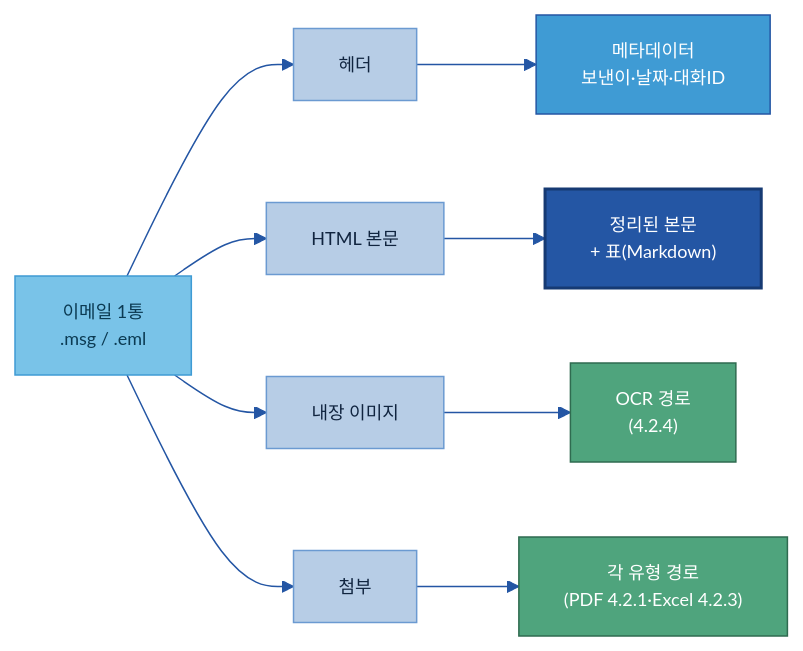
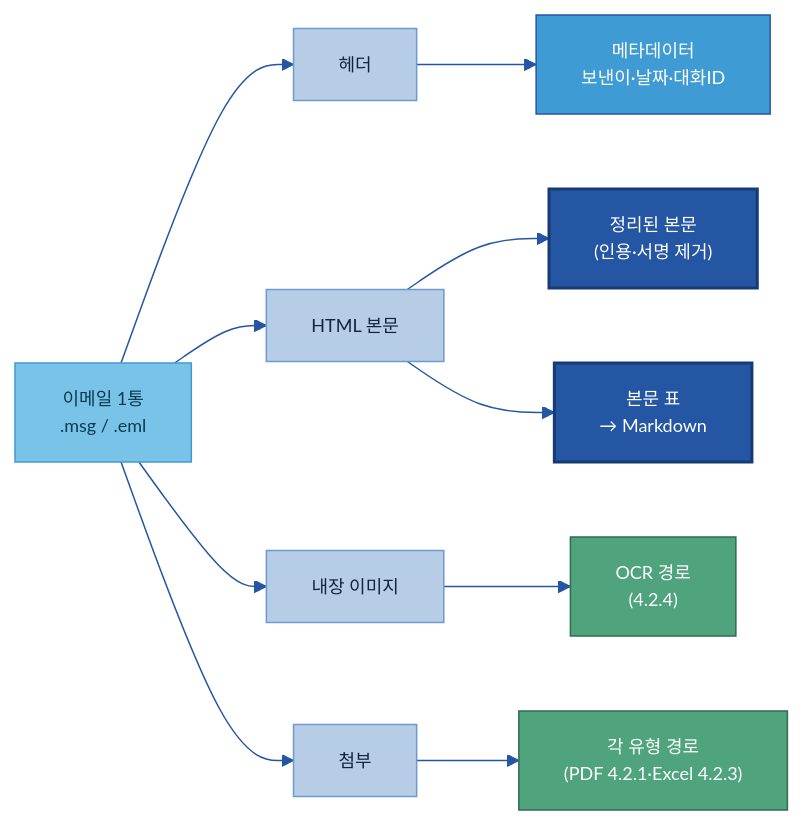
Before and after one commit to jin-kearney/ai-ready-data-manual: the fourth of 7 diagrams in 가이드 작성/B-1 데이터 전처리/B-1 데이터 전처리.md, drawn with Mermaid. The commit also changed other lines of this file, not shown here.

Commit message:
docs(B-1): 이메일 라우팅 다이어그램을 본문 '다섯 갈래'와 정합(4→5)
mermaid에서 '정리된 본문 + 표'로 합쳐져 4갈래로 보이던 것을, 본문 표를
별도 갈래로 분리해 5갈래(메타·본문·표·이미지·첨부)로. JSON 출력 필드·SVG
주석과 일치. 도입 문장도 '본문은 다시 텍스트와 표로 나뉜다'로 명확화.

````diff
--- a/가이드 작성/B-1 데이터 전처리/B-1 데이터 전처리.md
+++ b/가이드 작성/B-1 데이터 전처리/B-1 데이터 전처리.md
@@ -402,18 +402,19 @@
 ```mermaid
 %%{init: {'theme':'base','themeVariables':{'primaryColor':'#DCE8F5','primaryBorderColor':'#2456A4','primaryTextColor':'#10243f','lineColor':'#2456A4','fontSize':'12px'}}}%%
 flowchart LR
     MAIL["이메일 1통<br/>.msg / .eml"]:::src
     MAIL --> H["헤더"]:::n
     MAIL --> B["HTML 본문"]:::n
     MAIL --> IMG["내장 이미지"]:::n
     MAIL --> ATT["첨부"]:::n
     H --> M["메타데이터<br/>보낸이·날짜·대화ID"]:::gate
-    B --> C["정리된 본문<br/>+ 표(Markdown)"]:::cat
+    B --> C["정리된 본문<br/>(인용·서명 제거)"]:::cat
+    B --> TB["본문 표<br/>→ Markdown"]:::cat
     IMG --> O["OCR 경로<br/>(4.2.4)"]:::loop
     ATT --> P["각 유형 경로<br/>(PDF 4.2.1·Excel 4.2.3)"]:::loop
     classDef n fill:#B7CDE6,stroke:#6B9AD1,color:#10243f;
     classDef src fill:#79C3E8,stroke:#3F9BD4,color:#0b3a52;
     classDef cat fill:#2456A4,color:#fff,stroke:#163a73,stroke-width:2px;
     classDef gate fill:#3F9BD4,stroke:#2456A4,color:#fff;
     classDef loop fill:#4FA47D,stroke:#2f6b50,color:#fff;
 ```
````
